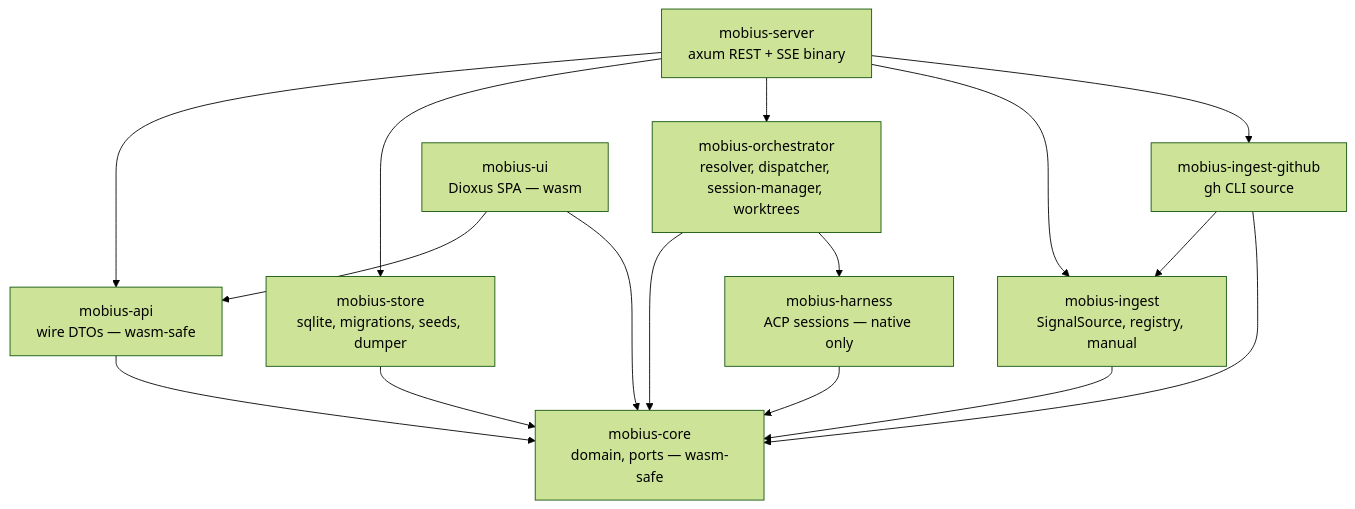
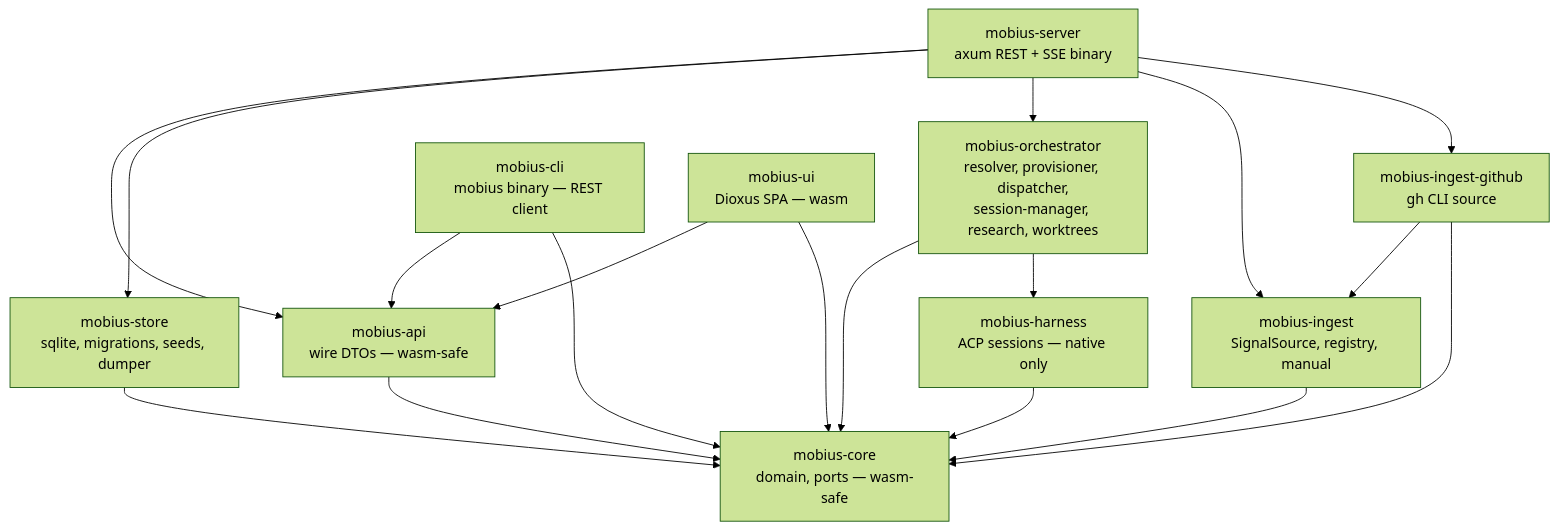
Before and after one commit to Mobius-Toolkit/Mobius: the first of 3 diagrams in docs/architecture/03-system-architecture.md, drawn with Mermaid (forest theme). The commit also changed other lines of this file and 52 other files, not shown here.

````diff
--- a/docs/architecture/03-system-architecture.md
+++ b/docs/architecture/03-system-architecture.md
@@ -8,28 +9,31 @@
 ```mermaid
 graph TD
     core[mobius-core<br/>domain, ports — wasm-safe]
     api[mobius-api<br/>wire DTOs — wasm-safe]
     store[mobius-store<br/>sqlite, migrations, seeds, dumper]
     harness[mobius-harness<br/>ACP sessions — native only]
     ingest[mobius-ingest<br/>SignalSource, registry, manual]
     gh[mobius-ingest-github<br/>gh CLI source]
-    orch[mobius-orchestrator<br/>resolver, dispatcher, session-manager, worktrees]
+    orch[mobius-orchestrator<br/>resolver, provisioner, dispatcher,<br/>session-manager, research, worktrees]
     server[mobius-server<br/>axum REST + SSE binary]
+    cli[mobius-cli<br/>mobius binary — REST client]
     ui[mobius-ui<br/>Dioxus SPA — wasm]
 
     api --> core
     store --> core
     harness --> core
     ingest --> core
     gh --> ingest
     gh --> core
     orch --> core
     orch --> harness
     server --> api
     server --> store
     server --> orch
     server --> ingest
     server --> gh
+    cli --> api
+    cli --> core
     ui --> api
     ui --> core
 ```
````
